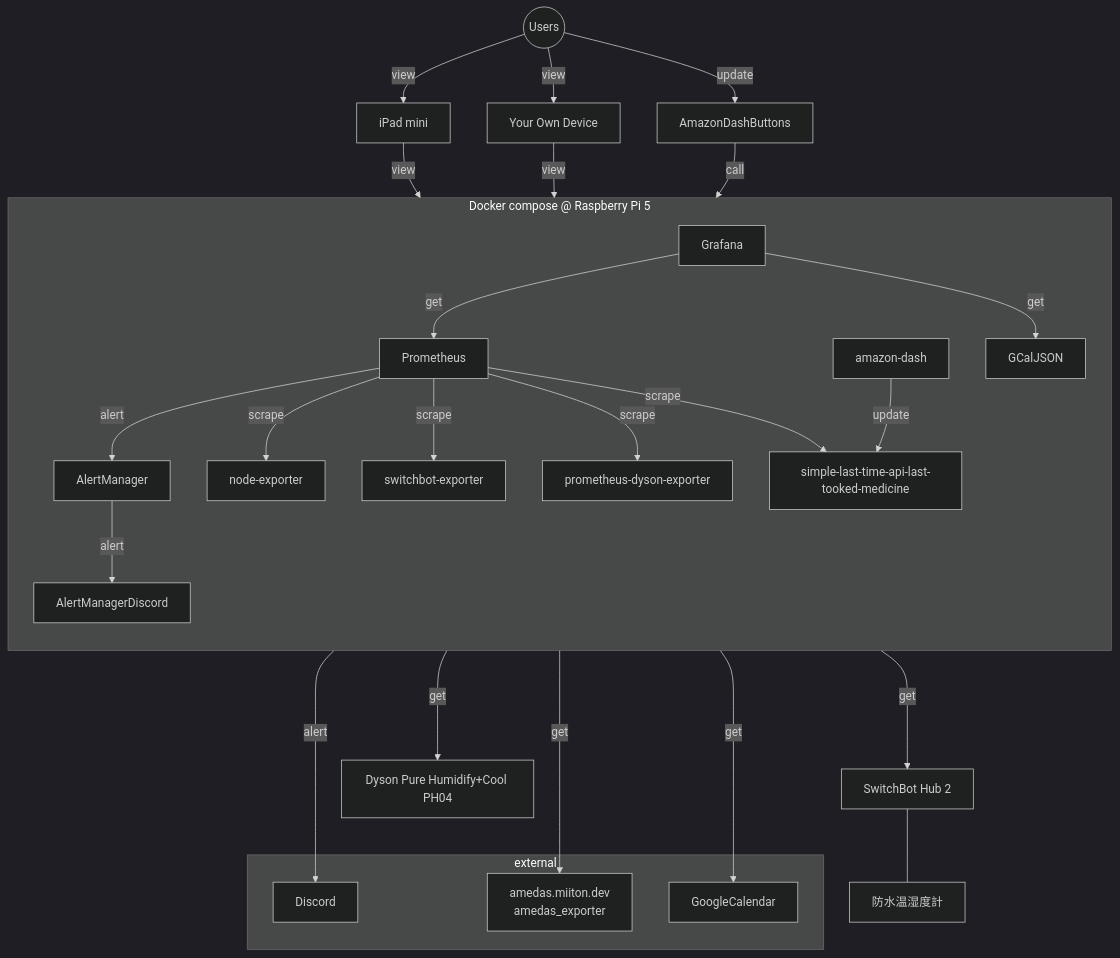
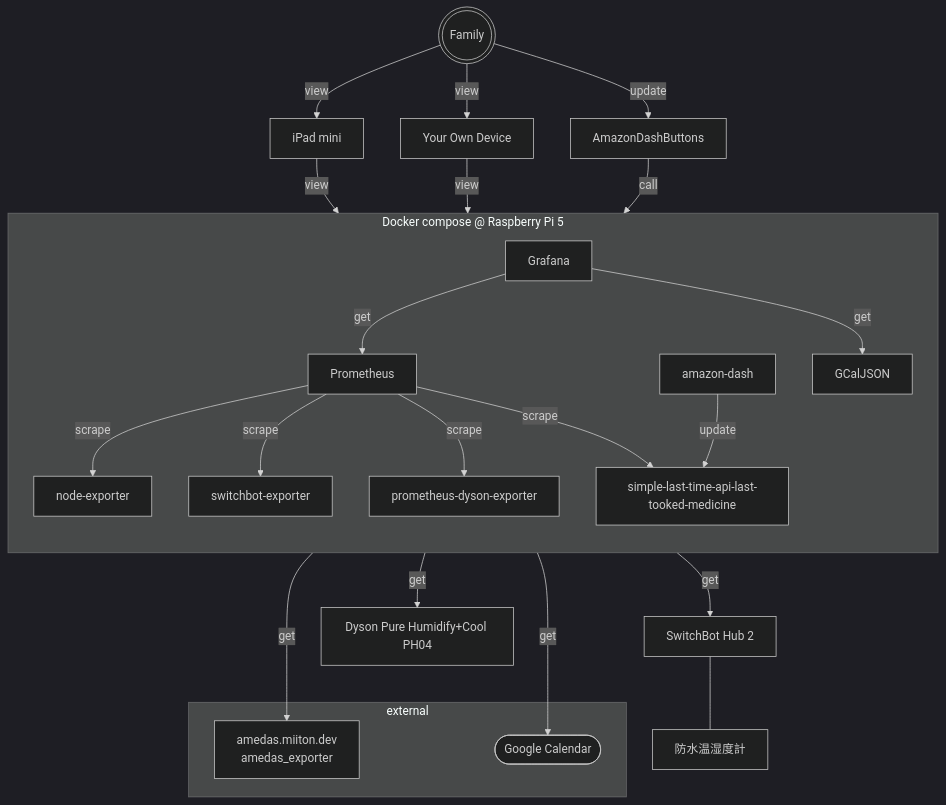
The second of 4 diagrams in docs/SmartHome.md (watahari/myHomeAutomation), drawn with Mermaid (dark theme) before and after one commit. The commit also changed other lines of this file and 1 other file, not shown here.

````diff
--- a/docs/SmartHome.md
+++ b/docs/SmartHome.md
@@ -44,35 +48,33 @@
 ```mermaid
 graph TB
-    Users((Users)) --view--> iPad["iPad mini"]
-    Users --view--> yod["Your Own Device"]
+    Family(((Family))) --view--> iPad["iPad mini"]
+    Family --view--> YOD["Your Own Device"]
 
-    iPad & yod --view--> Grafana
+    iPad & YOD --view--> Grafana
 
-    Users --update--> AmazonDashButtons --call--> amazon-dash
+    Family --update--> AmazonDashButtons --call--> AmazonDash["amazon-dash"]
 
     subgraph "Docker compose @ Raspberry Pi 5"
         direction TB
         Grafana --get--> Prometheus
-        Prometheus --alert--> AlertManager --alert--> AlertManagerDiscord
 
-        Prometheus --scrape--> node-exporter
-        Prometheus --scrape--> switchbot-exporter
-        Prometheus --scrape--> prometheus-dyson-exporter
-        Prometheus --scrape--> simple-last-time-api-last-tooked-medicine
+        Prometheus --scrape--> NodeExporter["node-exporter"]
+        Prometheus --scrape--> SwitchbotExporter["switchbot-exporter"]
+        Prometheus --scrape--> PrometheusDysonExporter["prometheus-dyson-exporter"]
+        Prometheus --scrape--> SimpleLastTimeApiLastTookedMedicine["simple-last-time-api-last-tooked-medicine"]
 
-        amazon-dash --update--> simple-last-time-api-last-tooked-medicine
+        AmazonDash --update--> SimpleLastTimeApiLastTookedMedicine
 
         Grafana --get--> GCalJSON
     end
 
-    switchbot-exporter --get---> switchbothub["SwitchBot Hub 2"]
-    switchbothub --- sensor_out["防水温湿度計"]
+    SwitchbotExporter --get--> Switchbothub["SwitchBot Hub 2"]
+    Switchbothub --- SWSensorOut["防水温湿度計"]
 
-    prometheus-dyson-exporter --get---> dysonHP["Dyson Pure Humidify+Cool PH04"]
+    PrometheusDysonExporter --get--> DysonHP["Dyson Pure Humidify+Cool PH04"]
 
     subgraph external
-        AlertManagerDiscord --alert---> Discord
-        Prometheus --get----> amedas_exporter["amedas.miiton.dev<br>amedas_exporter"]
-        GCalJSON --get----> GoogleCalendar
+        Prometheus --get---> AmedasExporter["amedas.miiton.dev<br>amedas_exporter"]
+        GCalJSON --get---> GoogleCalendar([Google Calendar])
     end
 ```
````
